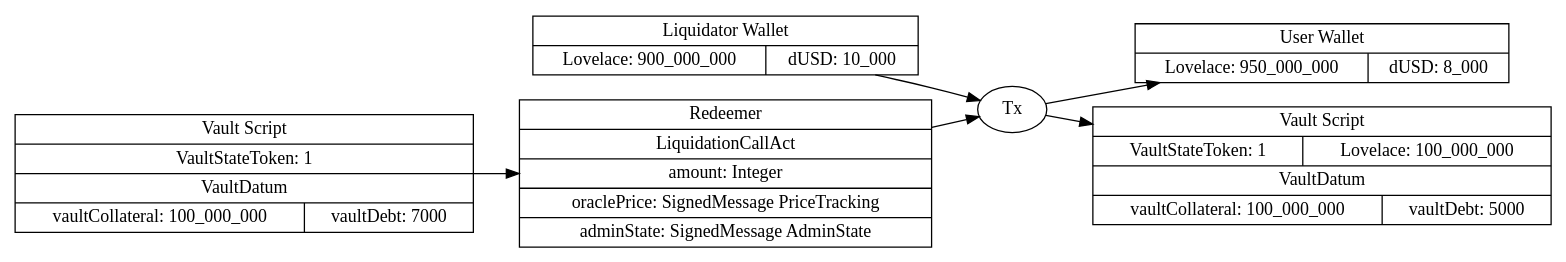
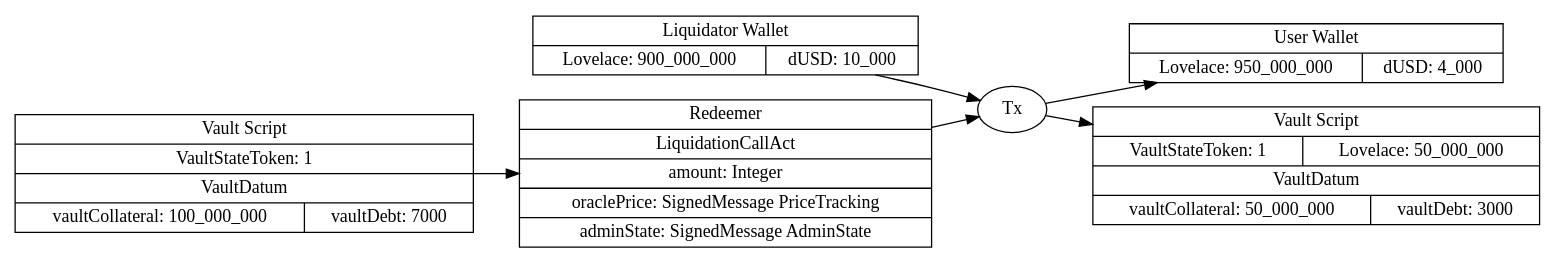
One commit to ArdanaLabs/ardana-dollar changed the diagram in docs/diagrams/Vault/LiquidationCallAct.dot. Above: the diagram before and after it, drawn with Graphviz. The commit also changed 1 other file, not shown here.

Commit message:
change numbers in the diagram

```diff
--- a/docs/diagrams/Vault/LiquidationCallAct.dot
+++ b/docs/diagrams/Vault/LiquidationCallAct.dot
@@ -1,47 +1,47 @@
 digraph "LiquidationCallAct" {
   rankdir = LR;
 
   wallet_in [shape=record,label="{{Liquidator Wallet | {Lovelace: 900_000_000 | dUSD: 10_000}}}"];
-  wallet_out [shape=record,label="{{User Wallet | {Lovelace: 950_000_000 | dUSD: 8_000}}}"];
+  wallet_out [shape=record,label="{{User Wallet | {Lovelace: 950_000_000 | dUSD: 4_000}}}"];
 
   vault_script_in
     [ shape=record
     , label=
         "{{ Vault Script
          | {VaultStateToken: 1}
          | VaultDatum
          | { vaultCollateral: 100_000_000
            | vaultDebt: 7000
            }
          }}"
     ];
   vault_script_out
     [ shape=record
     , label=
         "{{ Vault Script
-         | {VaultStateToken: 1 | Lovelace: 100_000_000}
+         | {VaultStateToken: 1 | Lovelace: 50_000_000}
          | VaultDatum
-         | { vaultCollateral: 100_000_000
-           | vaultDebt: 5000
+         | { vaultCollateral: 50_000_000
+           | vaultDebt: 3000
            }
          }}"
     ];
 
   redeemer
     [ shape=record
     , label="{{Redeemer
              | LiquidationCallAct
              | amount: Integer
              | oraclePrice: SignedMessage PriceTracking
              | adminState: SignedMessage AdminState
              }}"
     ];
 
   tx [label="Tx"];
 
   wallet_in -> tx ;
   vault_script_in -> redeemer;
   redeemer -> tx;
   tx -> wallet_out;
   tx -> vault_script_out;
 }
```
